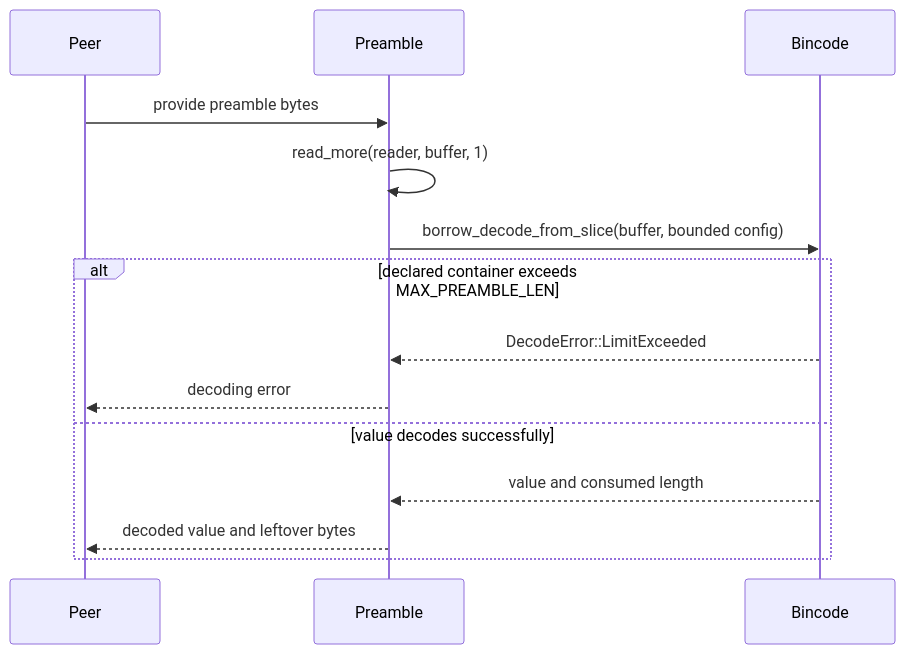
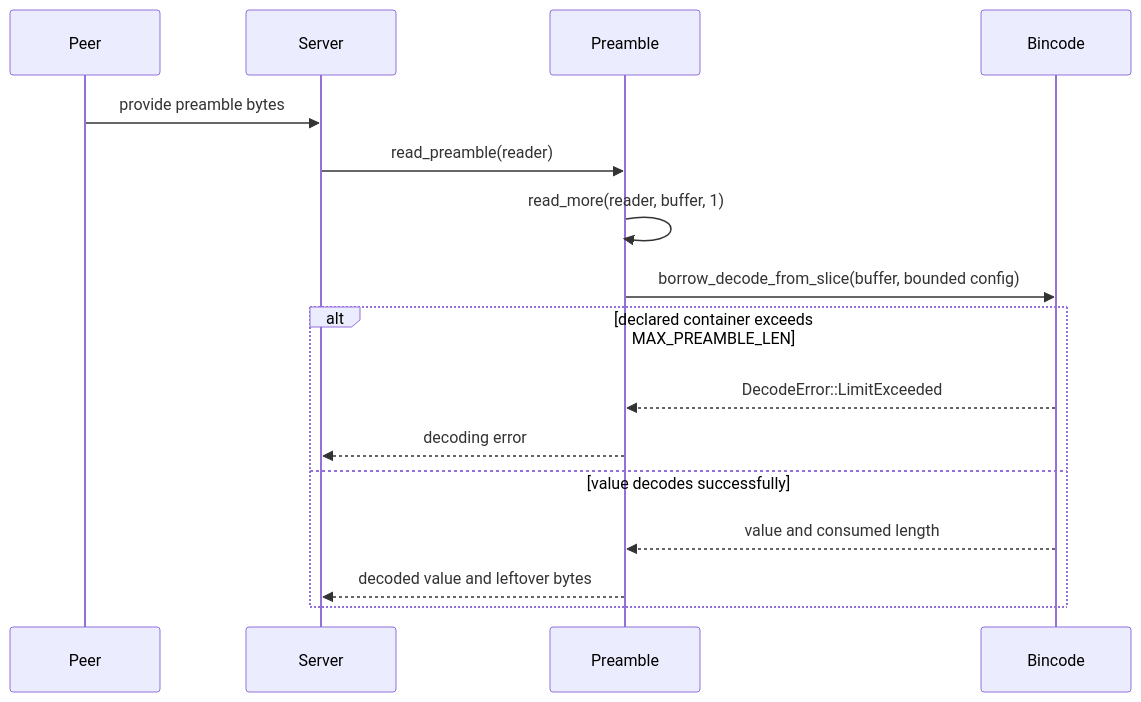
The first of 3 diagrams in docs/preamble-validator.md (leynos/wireframe), drawn with Mermaid before and after one commit. The commit also changed other lines of this file and 1 other file, not shown here.

Commit message:
Clarify bounded decode diagrams
Scope the inbound bincode flow to the Message compatibility path and
show preamble decode results returning to the server caller.

````diff
--- a/docs/preamble-validator.md
+++ b/docs/preamble-validator.md
@@ -22,17 +23,19 @@
 ```mermaid
 sequenceDiagram
     participant Peer
+    participant Server
     participant Preamble
     participant Bincode
 
-    Peer->>Preamble: provide preamble bytes
+    Peer->>Server: provide preamble bytes
+    Server->>Preamble: read_preamble(reader)
     Preamble->>Preamble: read_more(reader, buffer, 1)
     Preamble->>Bincode: borrow_decode_from_slice(buffer, bounded config)
     alt declared container exceeds MAX_PREAMBLE_LEN
         Bincode-->>Preamble: DecodeError::LimitExceeded
-        Preamble-->>Peer: decoding error
+        Preamble-->>Server: decoding error
     else value decodes successfully
         Bincode-->>Preamble: value and consumed length
-        Preamble-->>Peer: decoded value and leftover bytes
+        Preamble-->>Server: decoded value and leftover bytes
     end
 ```
````
